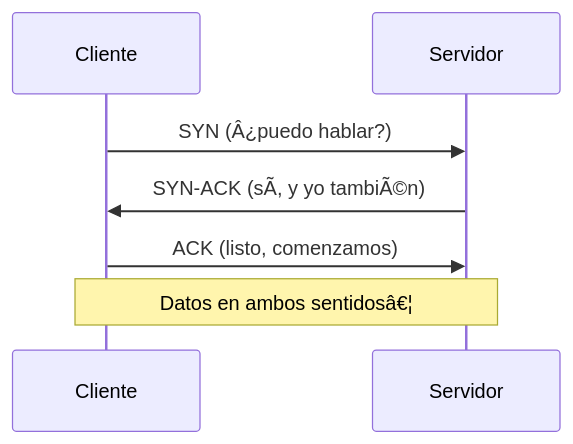
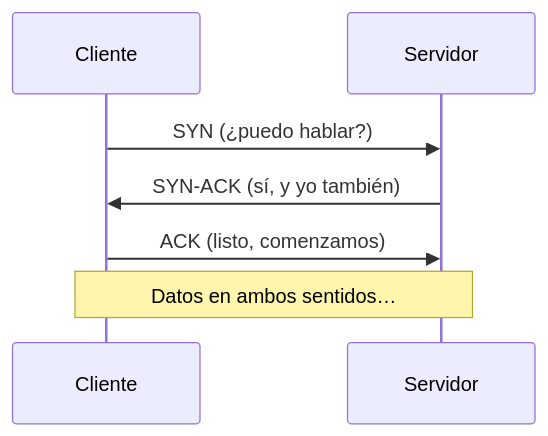
Before and after one commit to DiegoAlejandroSaenzFalcon/Soporte-TI-Portafolio: the diagram in guia-google-it-support/curso-02-redes-de-computadoras/0203-modulo-3-capas-transporte-y-aplicacion.md, drawn with Mermaid. The commit also changed other lines of this file and 5 other files, not shown here.

Commit message:
URGENTE reparacion: encoding UTF-8 de 6 modulos corruptos + referencias de diagramas corregidas

````diff
--- a/guia-google-it-support/curso-02-redes-de-computadoras/0203-modulo-3-capas-transporte-y-aplicacion.md
+++ b/guia-google-it-support/curso-02-redes-de-computadoras/0203-modulo-3-capas-transporte-y-aplicacion.md
@@ -28,7 +28,7 @@
 ```mermaid
 sequenceDiagram
-    Cliente->>Servidor: SYN (Â¿puedo hablar?)
-    Servidor->>Cliente: SYN-ACK (sÃ­, y yo tambiÃ©n)
+    Cliente->>Servidor: SYN (¿puedo hablar?)
+    Servidor->>Cliente: SYN-ACK (sí, y yo también)
     Cliente->>Servidor: ACK (listo, comenzamos)
-    Note over Cliente,Servidor: Datos en ambos sentidosâ€¦
+    Note over Cliente,Servidor: Datos en ambos sentidos…
 ```
````
